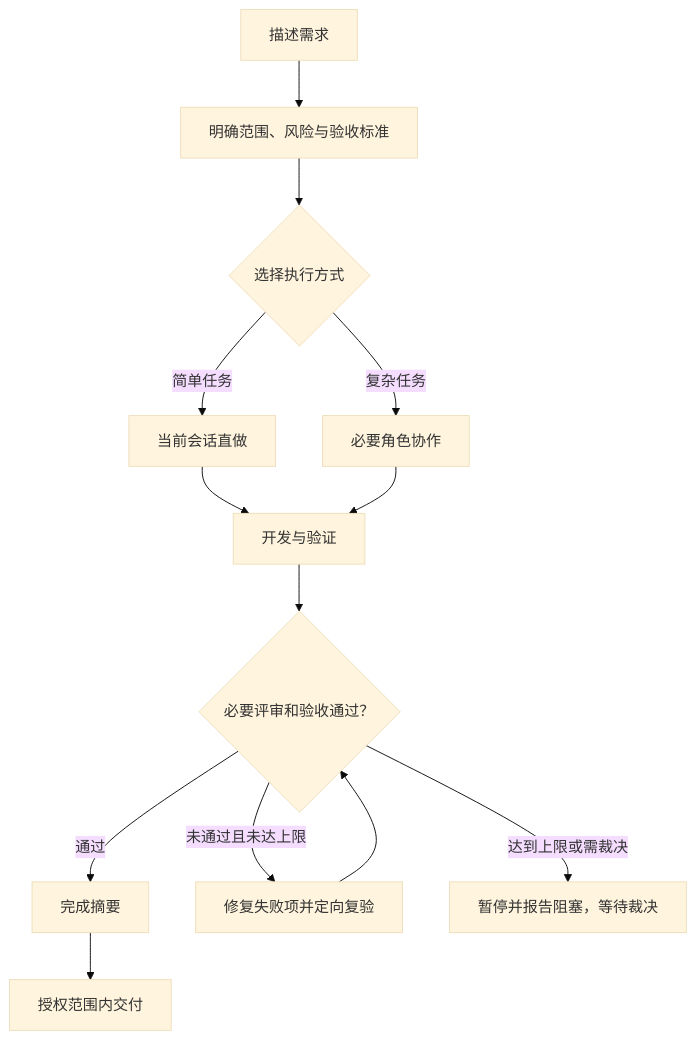
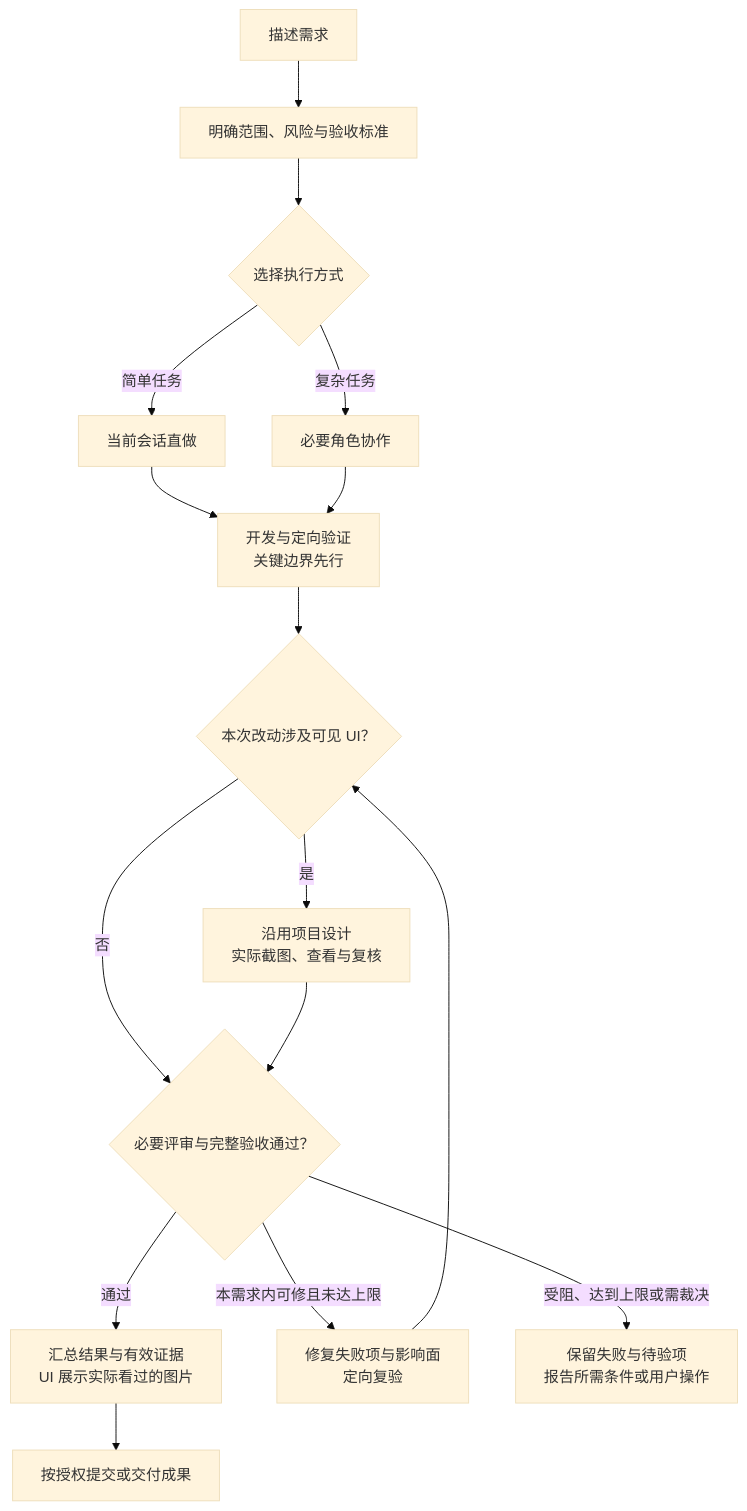
One commit to wzm111/pipeline-standard changed the first of 2 diagrams in README.md. Above: the diagram before and after it, drawn with Mermaid (base theme). The commit also changed other lines of this file and 1 other file, not shown here.

Commit message:
docs: 同步中英文验收与发布流程图及能力边界

````diff
--- a/README.md
+++ b/README.md
@@ -97,15 +102,18 @@
 ```mermaid
 flowchart TD
     A["描述需求"] --> B["明确范围、风险与验收标准"]
     B --> I{"选择执行方式"}
     I -->|简单任务| J["当前会话直做"]
     I -->|复杂任务| K["必要角色协作"]
-    J --> C["开发与验证"]
+    J --> C["开发与定向验证<br/>关键边界先行"]
     K --> C
-    C --> D{"必要评审和验收通过？"}
-    D -->|通过| E["完成摘要"]
-    D -->|未通过且未达上限| G["修复失败项并定向复验"]
-    G --> D
-    D -->|达到上限或需裁决| H["暂停并报告阻塞，等待裁决"]
-    E --> F["授权范围内交付"]
+    C --> U{"本次改动涉及可见 UI？"}
+    U -->|是| V["沿用项目设计<br/>实际截图、查看与复核"]
+    U -->|否| D{"必要评审与完整验收通过？"}
+    V --> D
+    D -->|通过| E["汇总结果与有效证据<br/>UI 展示实际看过的图片"]
+    D -->|本需求内可修且未达上限| G["修复失败项与影响面<br/>定向复验"]
+    G --> U
+    D -->|受阻、达到上限或需裁决| H["保留失败与待验项<br/>报告所需条件或用户操作"]
+    E --> F["按授权提交或交付成果"]
 ```
````
